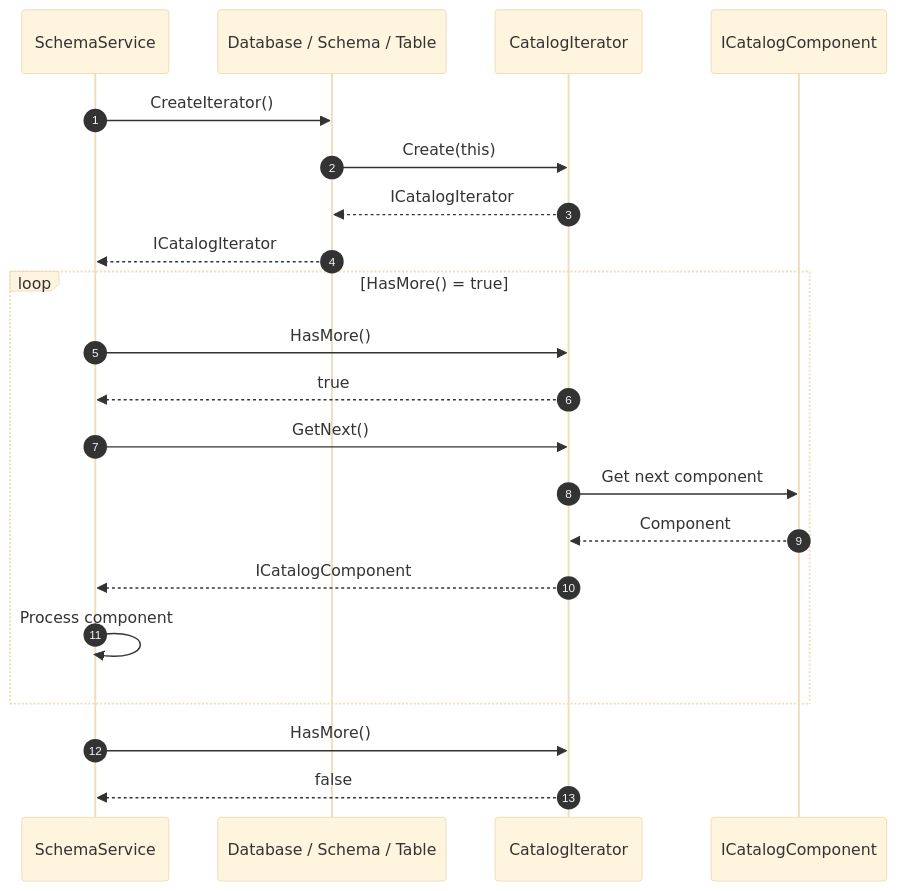
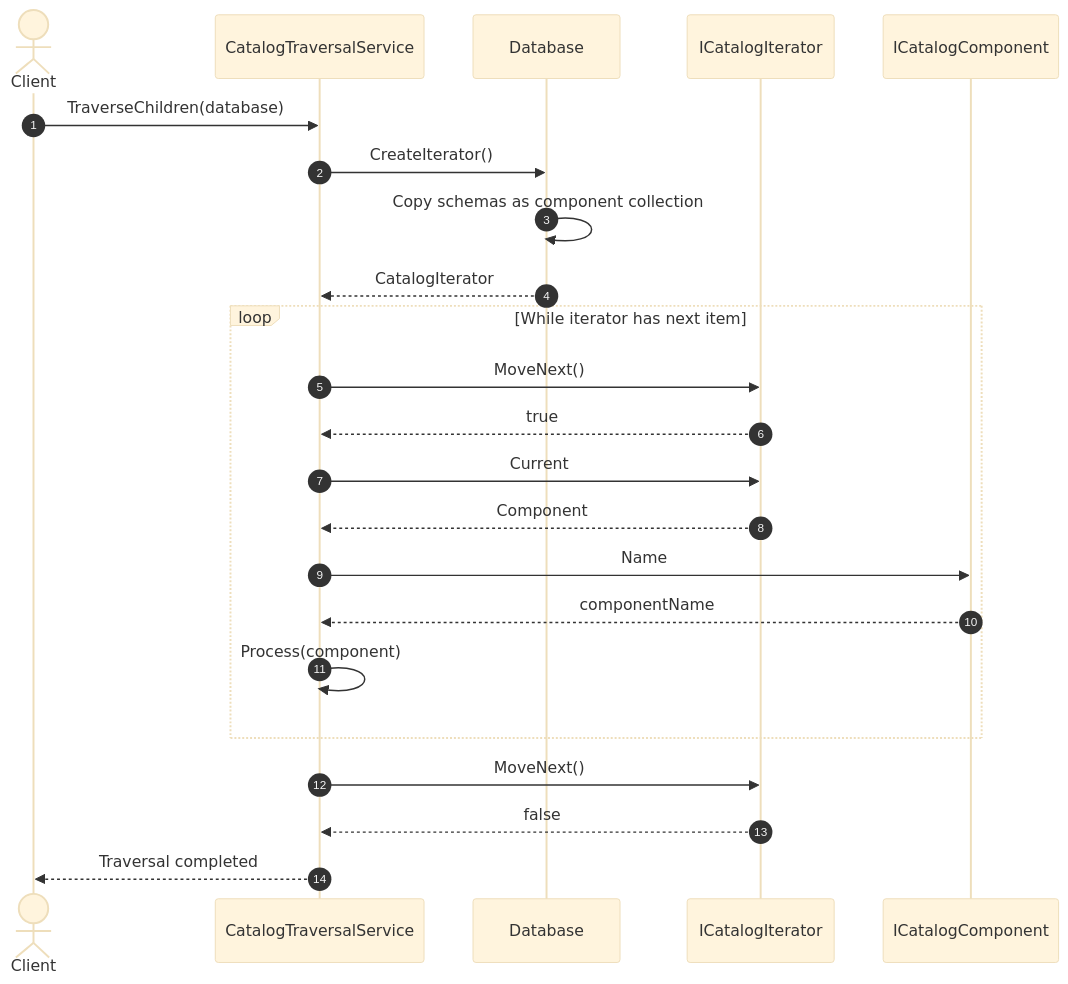
Diagram 21 of 39 in docs/design-patterns/README.md (Hagiakhanh/bbv-dbms), drawn with Mermaid (base theme) before and after one commit. The commit also changed other lines of this file and 1 other file, not shown here.

````diff
--- a/docs/design-patterns/README.md
+++ b/docs/design-patterns/README.md
@@ -1488,29 +3071,34 @@
 ```mermaid
 sequenceDiagram
     autonumber
 
-    participant Client as SchemaService
-    participant Composite as Database / Schema / Table
-    participant Iterator as CatalogIterator
+    actor Client
+    participant Service as CatalogTraversalService
+    participant Database
+    participant Iterator as ICatalogIterator
     participant Component as ICatalogComponent
 
-    Client->>Composite: CreateIterator()
-    Composite->>Iterator: Create(this)
-    Iterator-->>Composite: ICatalogIterator
-    Composite-->>Client: ICatalogIterator
+    Client->>Service: TraverseChildren(database)
 
-    loop HasMore() = true
-        Client->>Iterator: HasMore()
-        Iterator-->>Client: true
+    Service->>Database: CreateIterator()
+    Database->>Database: Copy schemas as component collection
+    Database-->>Service: CatalogIterator
 
-        Client->>Iterator: GetNext()
-        Iterator->>Component: Get next component
-        Component-->>Iterator: Component
-        Iterator-->>Client: ICatalogComponent
+    loop While iterator has next item
+        Service->>Iterator: MoveNext()
+        Iterator-->>Service: true
 
-        Client->>Client: Process component
+        Service->>Iterator: Current
+        Iterator-->>Service: Component
+
+        Service->>Component: Name
+        Component-->>Service: componentName
+
+        Service->>Service: Process(component)
     end
 
-    Client->>Iterator: HasMore()
-    Iterator-->>Client: false
+    Service->>Iterator: MoveNext()
+    Iterator-->>Service: false
+
+    Service-->>Client: Traversal completed
 ```
````
